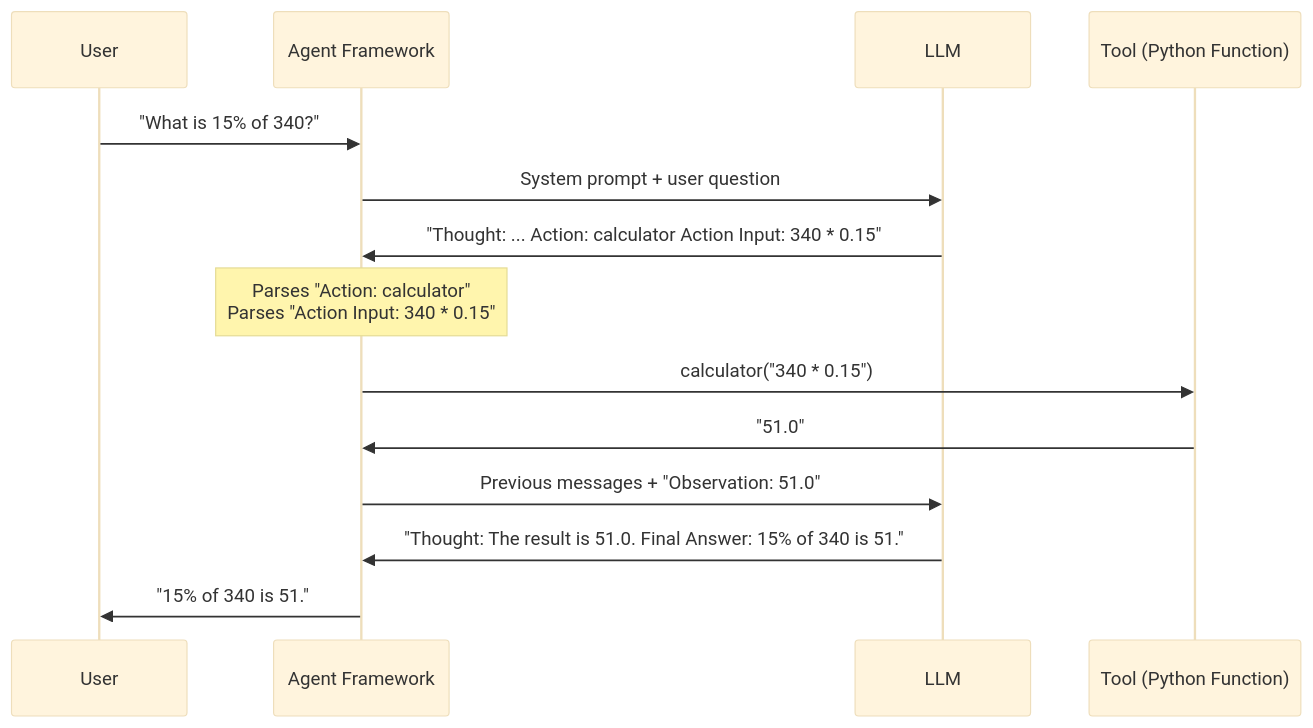
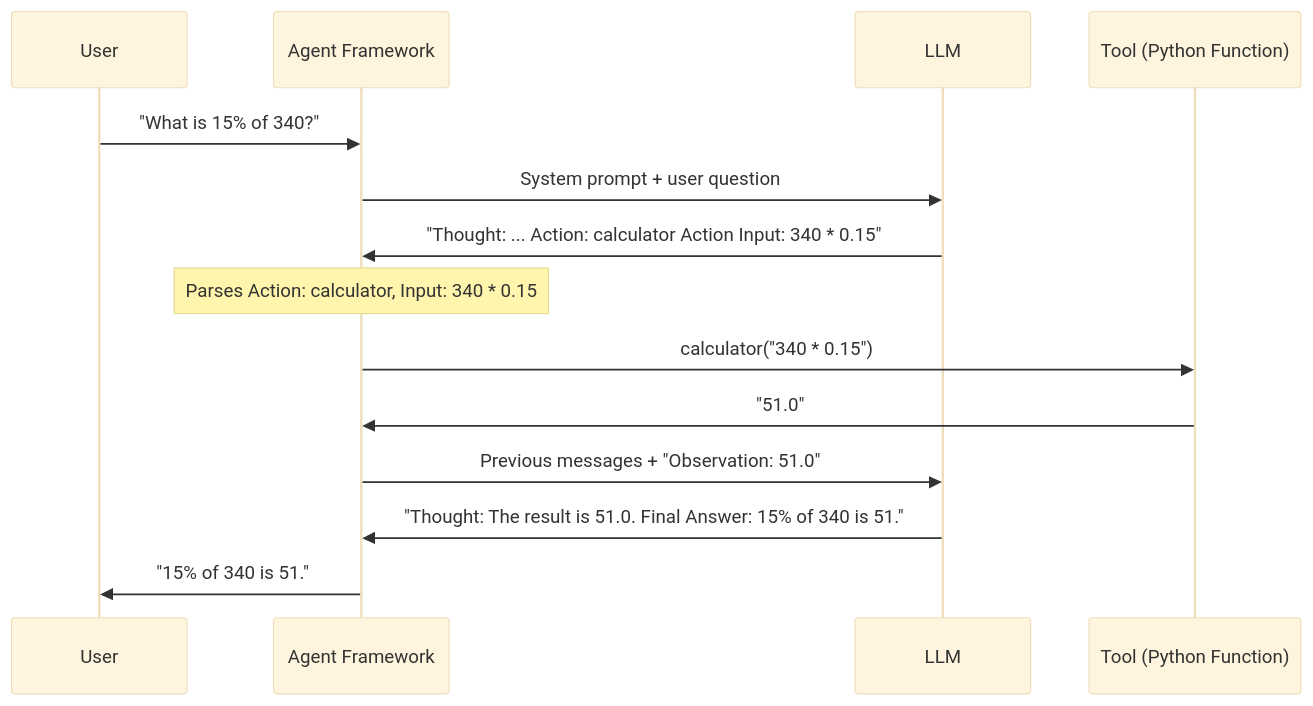
One commit to sunilmogadati/systems-in-production changed the first of 2 diagrams in playbooks/ai/agents/04_How_It_Works.md. Above: the diagram before and after it, drawn with Mermaid (base theme). The commit also changed 1 other file, not shown here.

Commit message:
Fix Mermaid rendering in sequence diagrams — remove <br/> tags
<br/> works in flowchart node labels but breaks in sequenceDiagram
messages, participant labels, and Note blocks. Replaced with
condensed single-line text or separate Note statements.

Files: agents/04, rag/04, CSI architecture (2 diagrams).

````diff
--- a/playbooks/ai/agents/04_How_It_Works.md
+++ b/playbooks/ai/agents/04_How_It_Works.md
@@ -76,17 +76,17 @@
 ```mermaid
 sequenceDiagram
     participant User
     participant Framework as Agent Framework
     participant LLM
     participant Tool as Tool (Python Function)
 
     User->>Framework: "What is 15% of 340?"
     Framework->>LLM: System prompt + user question
     LLM->>Framework: "Thought: ... Action: calculator Action Input: 340 * 0.15"
-    Note over Framework: Parses "Action: calculator"<br/>Parses "Action Input: 340 * 0.15"
+    Note over Framework: Parses Action: calculator, Input: 340 * 0.15
     Framework->>Tool: calculator("340 * 0.15")
     Tool->>Framework: "51.0"
     Framework->>LLM: Previous messages + "Observation: 51.0"
     LLM->>Framework: "Thought: The result is 51.0. Final Answer: 15% of 340 is 51."
     Framework->>User: "15% of 340 is 51."
 ```
````
